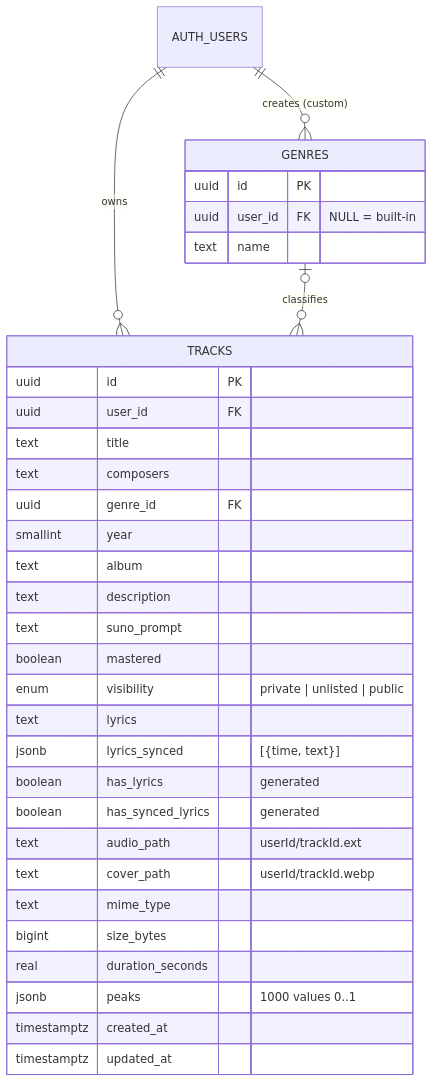
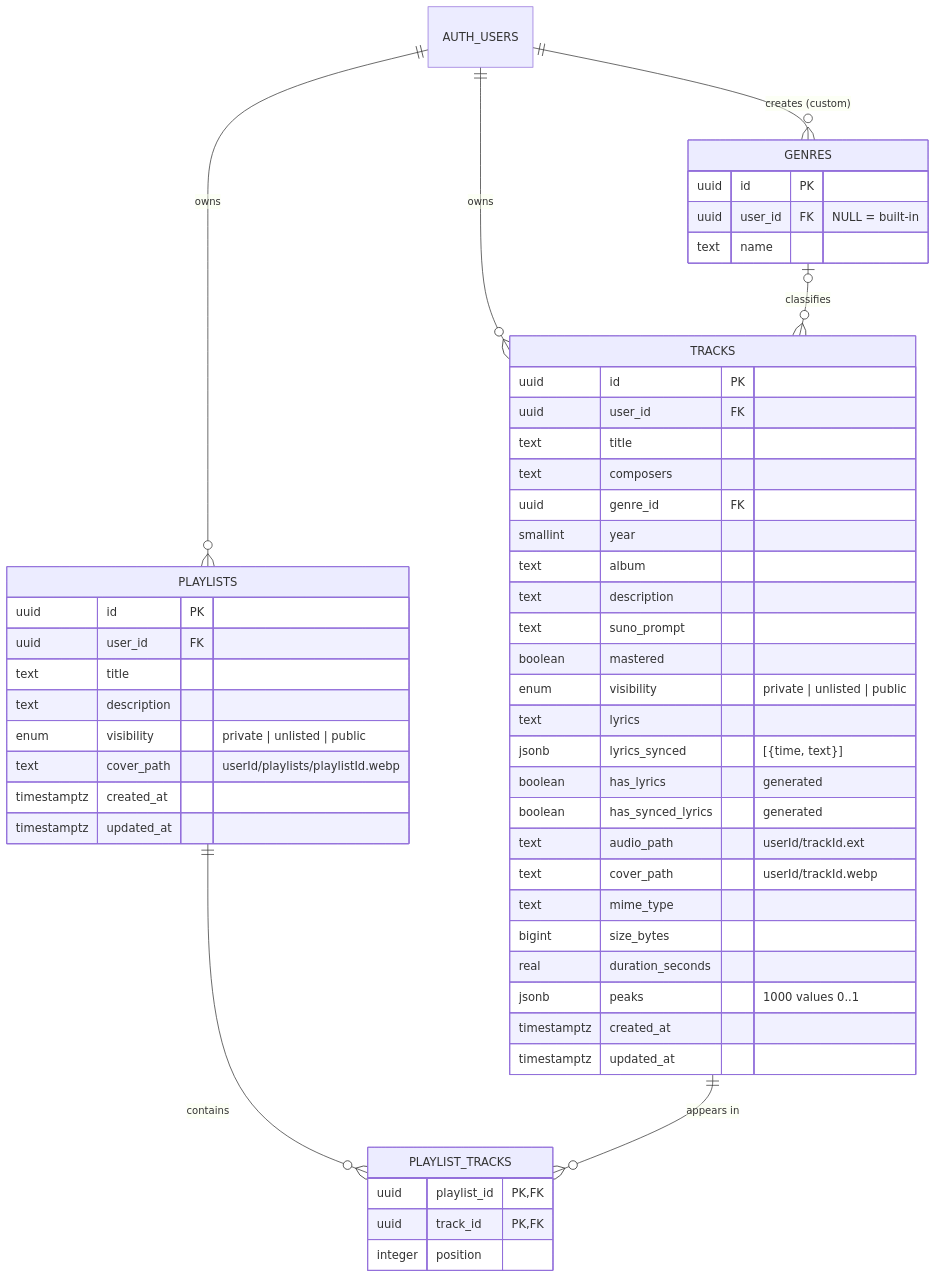
The sixth of 6 diagrams in README.md (alesssz/Chronovault), drawn with Mermaid before and after one commit. The commit also changed other lines of this file and 50 other files, not shown here.

First line of the commit message:
Add playlists with public share pages

````diff
--- a/README.md
+++ b/README.md
@@ -349,37 +355,55 @@
 ```mermaid
 erDiagram
   AUTH_USERS ||--o{ TRACKS : owns
   AUTH_USERS ||--o{ GENRES : "creates (custom)"
   GENRES |o--o{ TRACKS : classifies
+  AUTH_USERS ||--o{ PLAYLISTS : owns
+  PLAYLISTS ||--o{ PLAYLIST_TRACKS : contains
+  TRACKS ||--o{ PLAYLIST_TRACKS : "appears in"
 
   TRACKS {
     uuid id PK
     uuid user_id FK
     text title
     text composers
     uuid genre_id FK
     smallint year
     text album
     text description
     text suno_prompt
     boolean mastered
     enum visibility "private | unlisted | public"
     text lyrics
     jsonb lyrics_synced "[{time, text}]"
     boolean has_lyrics "generated"
     boolean has_synced_lyrics "generated"
     text audio_path "userId/trackId.ext"
     text cover_path "userId/trackId.webp"
     text mime_type
     bigint size_bytes
     real duration_seconds
     jsonb peaks "1000 values 0..1"
     timestamptz created_at
     timestamptz updated_at
   }
   GENRES {
     uuid id PK
     uuid user_id FK "NULL = built-in"
     text name
   }
+  PLAYLISTS {
+    uuid id PK
+    uuid user_id FK
+    text title
+    text description
+    enum visibility "private | unlisted | public"
+    text cover_path "userId/playlists/playlistId.webp"
+    timestamptz created_at
+    timestamptz updated_at
+  }
+  PLAYLIST_TRACKS {
+    uuid playlist_id PK, FK
+    uuid track_id PK, FK
+    integer position
+  }
 ```
````
